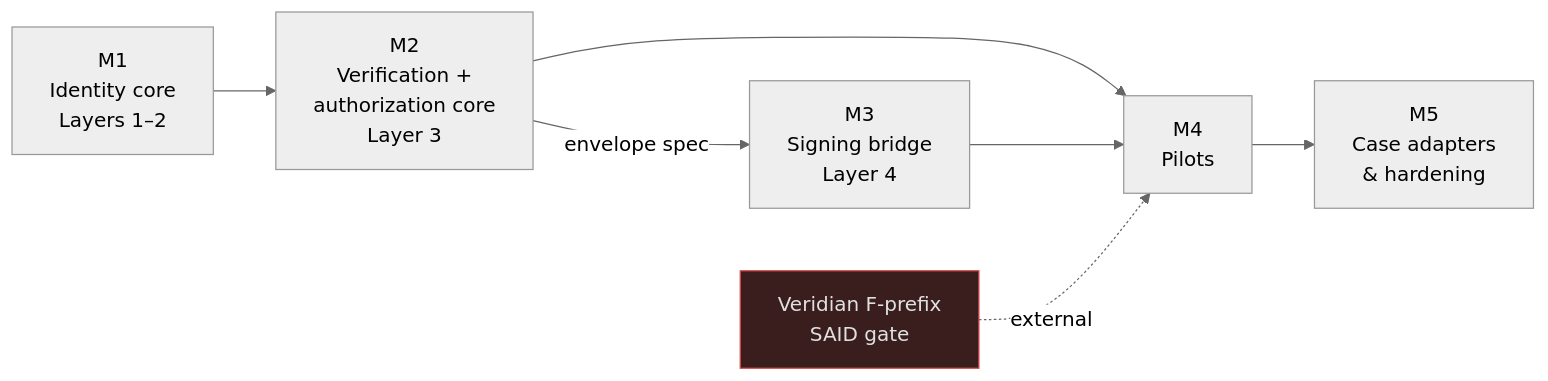
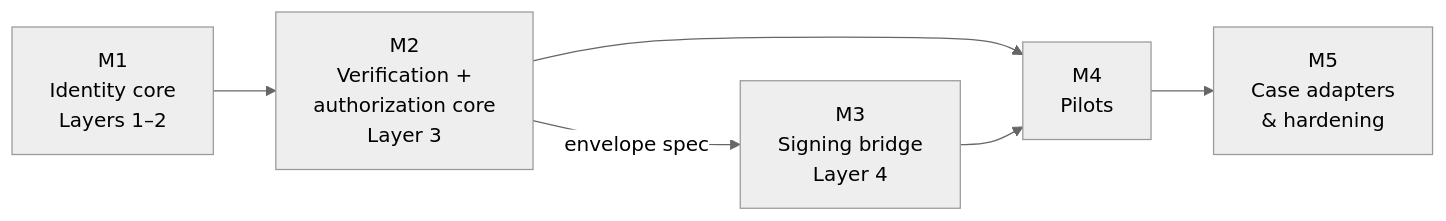
Before and after one commit to lambdasistemi/cardano-keri: the diagram in docs/roadmap.md, drawn with Mermaid (neutral theme). The commit also changed other lines of this file and 12 other files, not shown here.

````diff
--- a/docs/roadmap.md
+++ b/docs/roadmap.md
@@ -216,10 +218,8 @@
 ```mermaid
 flowchart LR
     M1["M1<br/>Identity core<br/>Layers 1–2"] --> M2["M2<br/>Verification +<br/>authorization core<br/>Layer 3"]
     M2 -->|"envelope spec"| M3["M3<br/>Signing bridge<br/>Layer 4"]
     M2 --> M4["M4<br/>Pilots"]
     M3 --> M4
-    G["Veridian F-prefix<br/>SAID gate"] -.->|"external"| M4
     M4 --> M5["M5<br/>Case adapters<br/>& hardening"]
-    style G fill:#3a1e1e,stroke:#d94a4a,color:#e0e0e0
 ```
````
